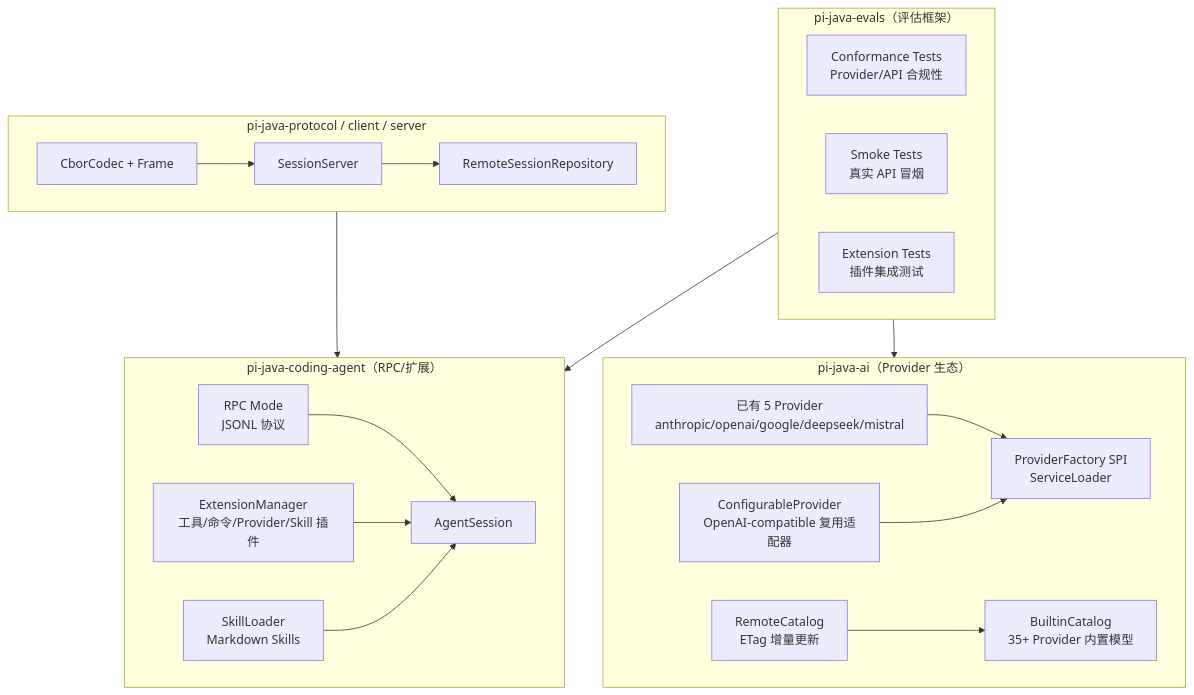
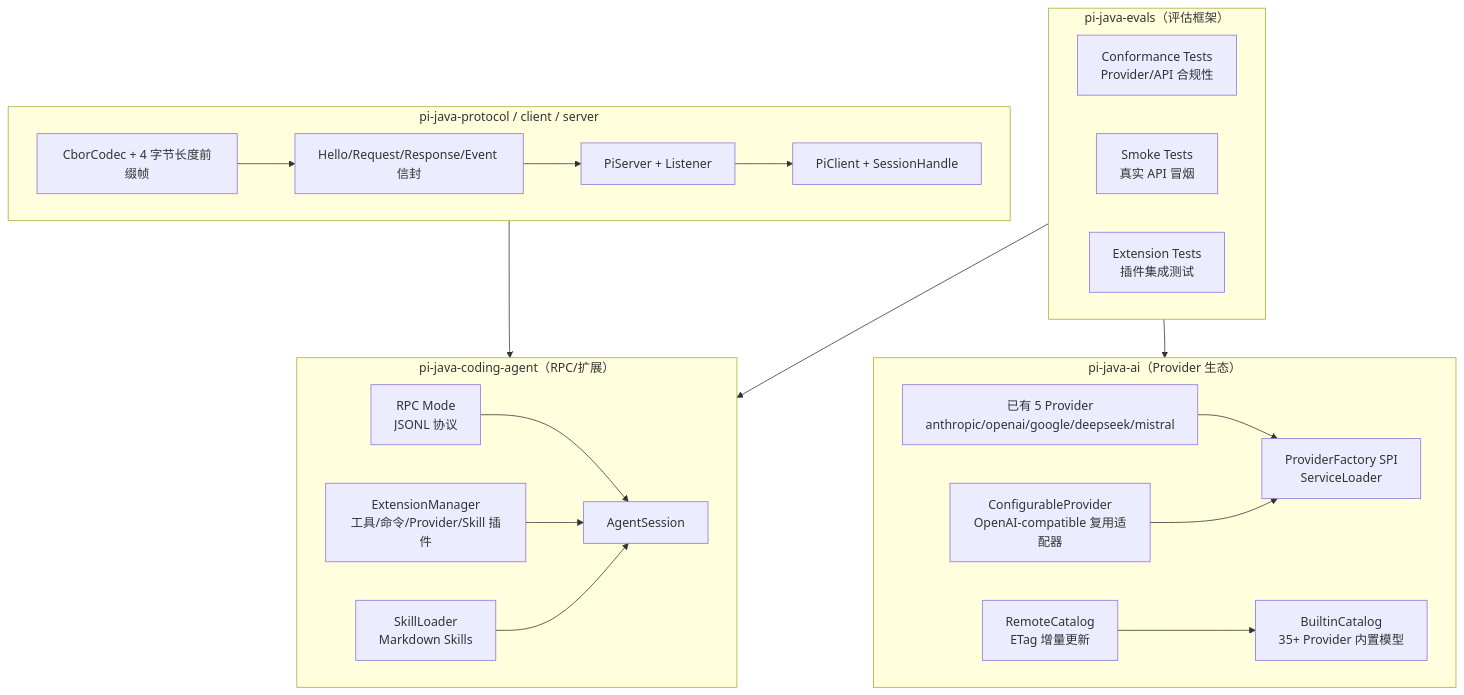
One commit to liangxingguang/pi-java changed the first of 11 diagrams in docs/11-phase6-ecosystem-design.md. Above: the diagram before and after it, drawn with Mermaid. The commit also changed other lines of this file and 1 other file, not shown here.

````diff
--- a/docs/11-phase6-ecosystem-design.md
+++ b/docs/11-phase6-ecosystem-design.md
@@ -13,40 +15,42 @@
 ```mermaid
 flowchart TB
     subgraph ai["pi-java-ai（Provider 生态）"]
         existing["已有 5 Provider<br/>anthropic/openai/google/deepseek/mistral"]
         providerFactory["ProviderFactory SPI<br/>ServiceLoader"]
         configProvider["ConfigurableProvider<br/>OpenAI-compatible 复用适配器"]
         remoteCatalog["RemoteCatalog<br/>ETag 增量更新"]
         builtinCatalog["BuiltinCatalog<br/>35+ Provider 内置模型"]
         existing --> providerFactory
         configProvider --> providerFactory
         remoteCatalog --> builtinCatalog
     end
 
     subgraph evals["pi-java-evals（评估框架）"]
         conformance["Conformance Tests<br/>Provider/API 合规性"]
         smoke["Smoke Tests<br/>真实 API 冒烟"]
         extension["Extension Tests<br/>插件集成测试"]
     end
 
     subgraph rpc["pi-java-coding-agent（RPC/扩展）"]
         rpcMode["RPC Mode<br/>JSONL 协议"]
         extManager["ExtensionManager<br/>工具/命令/Provider/Skill 插件"]
         skillLoader["SkillLoader<br/>Markdown Skills"]
         rpcMode --> AgentSession
         extManager --> AgentSession
         skillLoader --> AgentSession
     end
 
     subgraph remote["pi-java-protocol / client / server"]
-        cbor["CborCodec + Frame"]
-        sessionServer["SessionServer"]
-        remoteClient["RemoteSessionRepository"]
-        cbor --> sessionServer
+        cbor["CborCodec + 4 字节长度前缀帧"]
+        envelope["Hello/Request/Response/Event 信封"]
+        sessionServer["PiServer + Listener"]
+        remoteClient["PiClient + SessionHandle"]
+        cbor --> envelope
+        envelope --> sessionServer
         sessionServer --> remoteClient
     end
 
     evals --> ai
     evals --> rpc
     remote --> rpc
 ```
````
